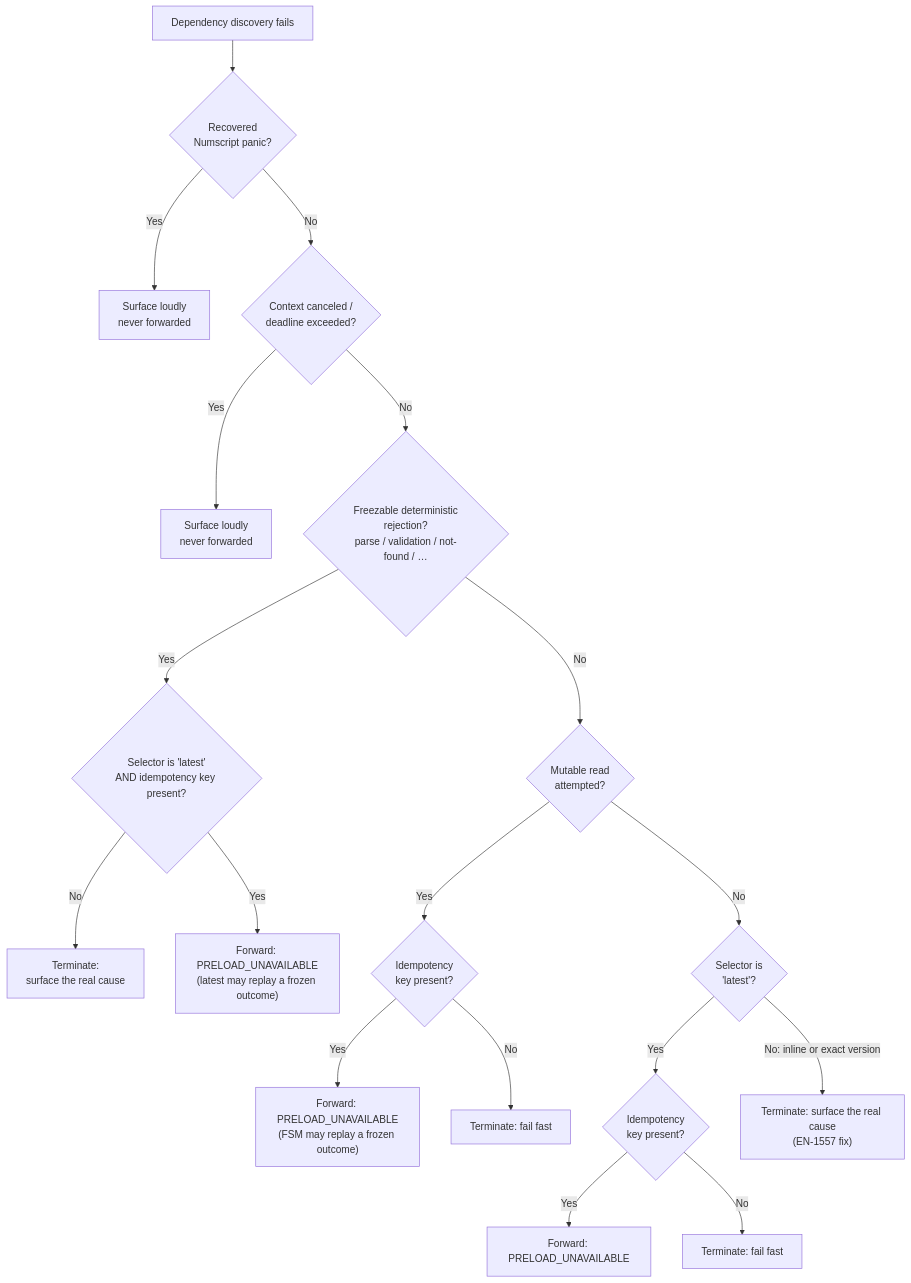
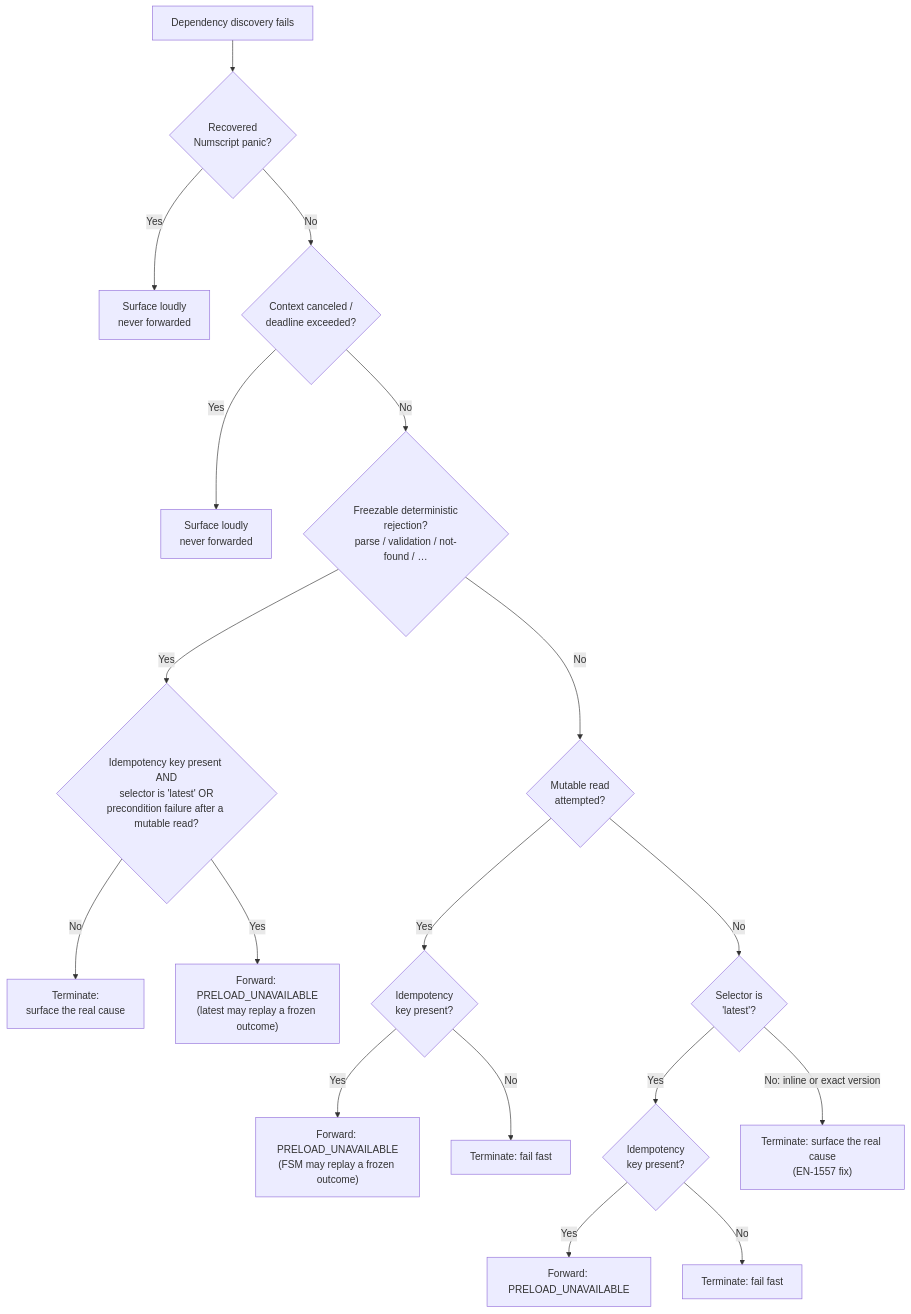
Before and after one commit to formancehq/ledger: the second of 2 diagrams in docs/technical/architecture/subsystems/admission/idempotency.md, drawn with Mermaid. The commit also changed other lines of this file and 17 other files, not shown here.

````diff
--- a/docs/technical/architecture/subsystems/admission/idempotency.md
+++ b/docs/technical/architecture/subsystems/admission/idempotency.md
@@ -94,20 +94,20 @@
 ```mermaid
 flowchart TD
     FAIL[Dependency discovery fails] --> PANIC{Recovered<br/>Numscript panic?}
     PANIC -->|Yes| LOUD1[Surface loudly<br/>never forwarded]
     PANIC -->|No| CANCEL{Context canceled /<br/>deadline exceeded?}
     CANCEL -->|Yes| LOUD2[Surface loudly<br/>never forwarded]
     CANCEL -->|No| FREEZE{Freezable deterministic<br/>rejection?<br/>parse / validation / not-found / …}
-    FREEZE -->|Yes| FRZLATEST{Selector is 'latest'<br/>AND idempotency key present?}
+    FREEZE -->|Yes| FRZLATEST{Idempotency key present AND<br/>selector is 'latest' OR<br/>precondition failure after a mutable read?}
     FRZLATEST -->|No| TERM1[Terminate:<br/>surface the real cause]
     FRZLATEST -->|Yes| FWD3["Forward: PRELOAD_UNAVAILABLE<br/>(latest may replay a frozen outcome)"]
     FREEZE -->|No| READ{Mutable read<br/>attempted?}
     READ -->|Yes| KEY1{Idempotency<br/>key present?}
     KEY1 -->|Yes| FWD1["Forward: PRELOAD_UNAVAILABLE<br/>(FSM may replay a frozen outcome)"]
     KEY1 -->|No| TERM2[Terminate: fail fast]
     READ -->|No| LATEST{Selector is<br/>'latest'?}
     LATEST -->|Yes| KEY2{Idempotency<br/>key present?}
     KEY2 -->|Yes| FWD2[Forward: PRELOAD_UNAVAILABLE]
     KEY2 -->|No| TERM3[Terminate: fail fast]
     LATEST -->|No: inline or exact version| TERM4["Terminate: surface the real cause<br/>(EN-1557 fix)"]
 ```
````
